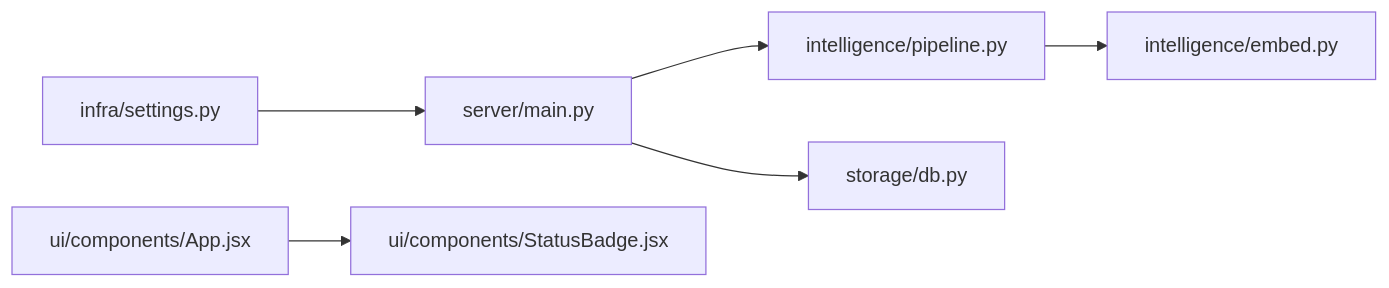
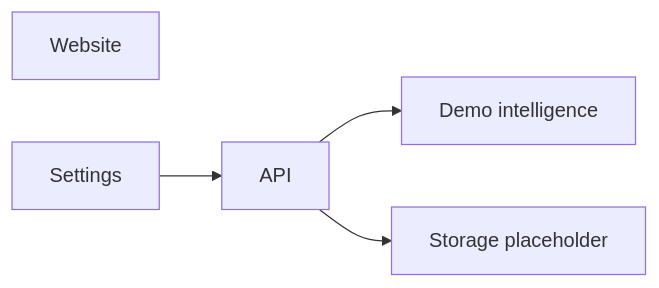
One commit to Gurtejhundal/Mercy changed the diagram in output-galaxy/mercy-architecture.md. Above: the diagram before and after it, drawn with Mermaid. The commit also changed other lines of this file and 37 other files, not shown here.

````diff
--- a/output-galaxy/mercy-architecture.md
+++ b/output-galaxy/mercy-architecture.md
@@ -7,15 +5,11 @@
 ```mermaid
 flowchart LR
-    N0["infra/settings.py"]
-    N1["intelligence/embed.py"]
-    N2["intelligence/pipeline.py"]
-    N3["server/main.py"]
-    N4["storage/db.py"]
-    N5["ui/components/App.jsx"]
-    N6["ui/components/StatusBadge.jsx"]
-    N0 --> N3
-    N2 --> N1
-    N3 --> N2
-    N3 --> N4
-    N5 --> N6
+    N0["Website"]
+    N1["API"]
+    N2["Demo intelligence"]
+    N3["Storage placeholder"]
+    N4["Settings"]
+    N4 --> N1
+    N1 --> N2
+    N1 --> N3
 ```
````
